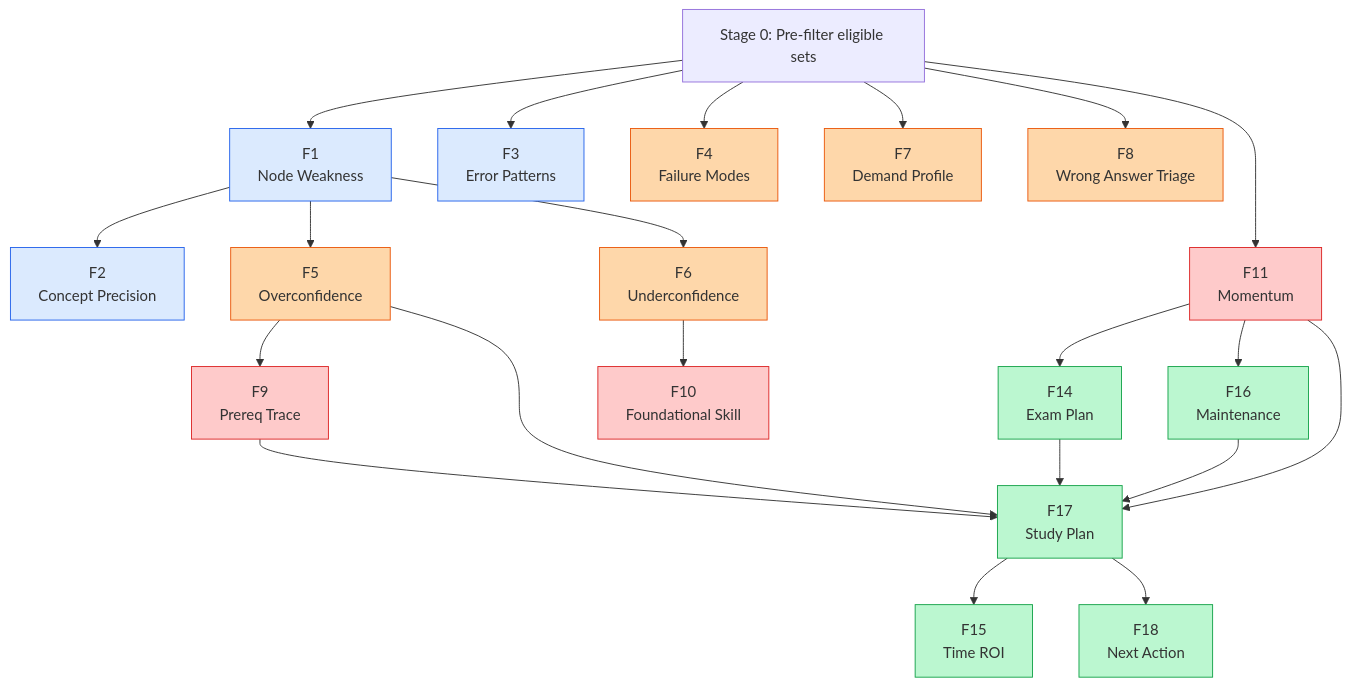
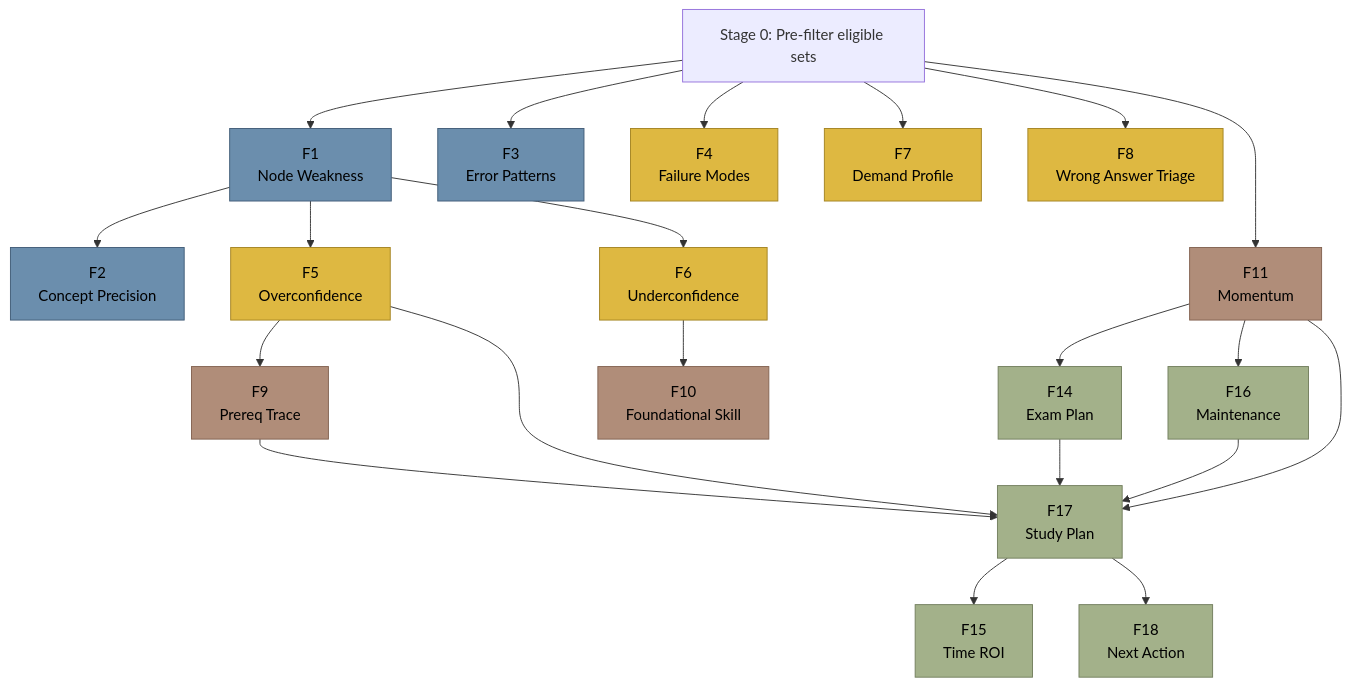
One commit to devangi-08/LECO changed the second of 2 diagrams in README.md. Above: the diagram before and after it, drawn with Mermaid.

````diff
--- a/README.md
+++ b/README.md
@@ -81,47 +81,56 @@
 ```mermaid
 flowchart TD
     S0["Stage 0: Pre-filter eligible sets"]
 
     S0 --> F1["F1<br/>Node Weakness"]
     S0 --> F3["F3<br/>Error Patterns"]
     S0 --> F4["F4<br/>Failure Modes"]
     S0 --> F7["F7<br/>Demand Profile"]
     S0 --> F8["F8<br/>Wrong Answer Triage"]
 
     F1 --> F2["F2<br/>Concept Precision"]
     F1 --> F5["F5<br/>Overconfidence"]
     F1 --> F6["F6<br/>Underconfidence"]
 
     F5 --> F9["F9<br/>Prereq Trace"]
     F6 --> F10["F10<br/>Foundational Skill"]
     S0 --> F11["F11<br/>Momentum"]
 
     F11 --> F14["F14<br/>Exam Plan"]
     F11 --> F16["F16<br/>Maintenance"]
 
     F5 --> F17["F17<br/>Study Plan"]
     F9 --> F17
     F11 --> F17
     F14 --> F17
     F16 --> F17
 
     F17 --> F15["F15<br/>Time ROI"]
     F17 --> F18["F18<br/>Next Action"]
 
-    style F1 fill:#dbeafe,stroke:#2563eb
-    style F2 fill:#dbeafe,stroke:#2563eb
-    style F3 fill:#dbeafe,stroke:#2563eb
-    style F4 fill:#fed7aa,stroke:#ea580c
-    style F5 fill:#fed7aa,stroke:#ea580c
-    style F6 fill:#fed7aa,stroke:#ea580c
-    style F7 fill:#fed7aa,stroke:#ea580c
-    style F8 fill:#fed7aa,stroke:#ea580c
-    style F9 fill:#fecaca,stroke:#dc2626
-    style F10 fill:#fecaca,stroke:#dc2626
-    style F11 fill:#fecaca,stroke:#dc2626
-    style F14 fill:#bbf7d0,stroke:#16a34a
-    style F15 fill:#bbf7d0,stroke:#16a34a
-    style F16 fill:#bbf7d0,stroke:#16a34a
-    style F17 fill:#bbf7d0,stroke:#16a34a
-    style F18 fill:#bbf7d0,stroke:#16a34a
+ 
+
+%% Dark Muted Cobalt Blue
+    style F1 fill:#6B8EAD,stroke:#415C77,color:#000000
+    style F2 fill:#6B8EAD,stroke:#415C77,color:#000000
+    style F3 fill:#6B8EAD,stroke:#415C77,color:#000000
+
+    %% Mustard
+    style F4 fill:#DEB841,stroke:#A38322,color:#000000
+    style F5 fill:#DEB841,stroke:#A38322,color:#000000
+    style F6 fill:#DEB841,stroke:#A38322,color:#000000
+    style F7 fill:#DEB841,stroke:#A38322,color:#000000
+    style F8 fill:#DEB841,stroke:#A38322,color:#000000
+
+    %% Muted Brown
+    style F9 fill:#B08D79,stroke:#826250,color:#000000
+    style F10 fill:#B08D79,stroke:#826250,color:#000000
+    style F11 fill:#B08D79,stroke:#826250,color:#000000
+
+    %% Olive Green
+    style F14 fill:#A3B18A,stroke:#727E5D,color:#000000
+    style F15 fill:#A3B18A,stroke:#727E5D,color:#000000
+    style F16 fill:#A3B18A,stroke:#727E5D,color:#000000
+    style F17 fill:#A3B18A,stroke:#727E5D,color:#000000
+    style F18 fill:#A3B18A,stroke:#727E5D,color:#000000
 ```
````
